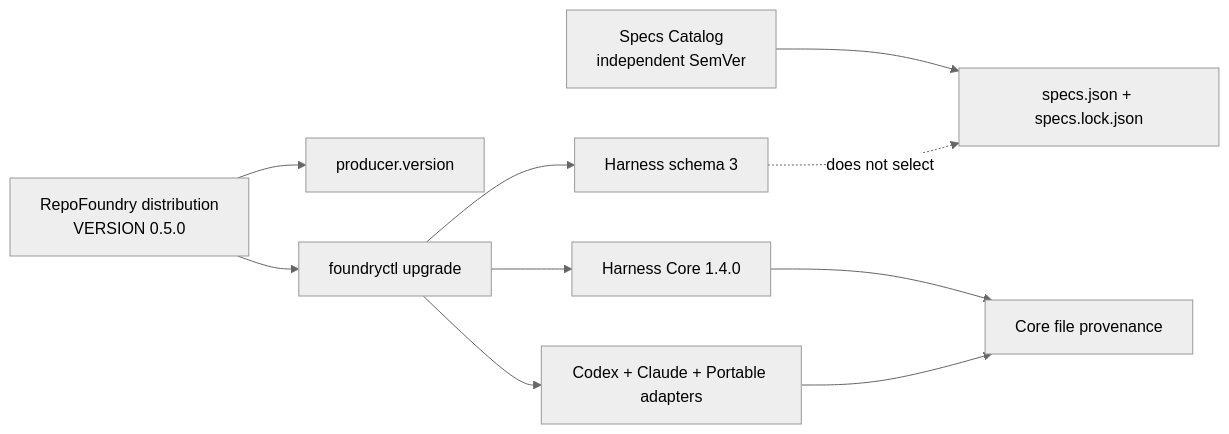
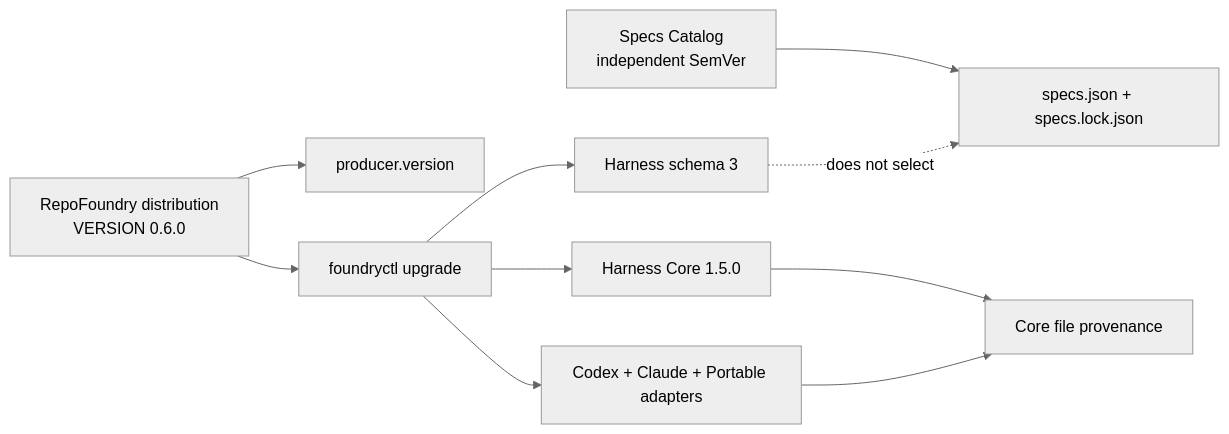
One commit to XiaoWeiKIN/RepoFoundryAI changed the first of 3 diagrams in docs/design-docs/repo-foundry-versioning-and-migrations.md. Above: the diagram before and after it, drawn with Mermaid (neutral theme). The commit also changed other lines of this file and 52 other files, not shown here.

Commit message:
release: prepare RepoFoundry AI v0.6.0

````diff
--- a/docs/design-docs/repo-foundry-versioning-and-migrations.md
+++ b/docs/design-docs/repo-foundry-versioning-and-migrations.md
@@ -91,12 +101,12 @@
 ```mermaid
 flowchart LR
-    D["RepoFoundry distribution<br/>VERSION 0.5.0"] --> P["producer.version"]
+    D["RepoFoundry distribution<br/>VERSION 0.6.0"] --> P["producer.version"]
     D --> U["foundryctl upgrade"]
     U --> H["Harness schema 3"]
-    U --> C["Harness Core 1.4.0"]
+    U --> C["Harness Core 1.5.0"]
     U --> A["Codex + Claude + Portable adapters"]
     C --> F["Core file provenance"]
     A --> F
     S["Specs Catalog<br/>independent SemVer"] --> L["specs.json + specs.lock.json"]
     H -.->|"does not select"| L
 ```
````
